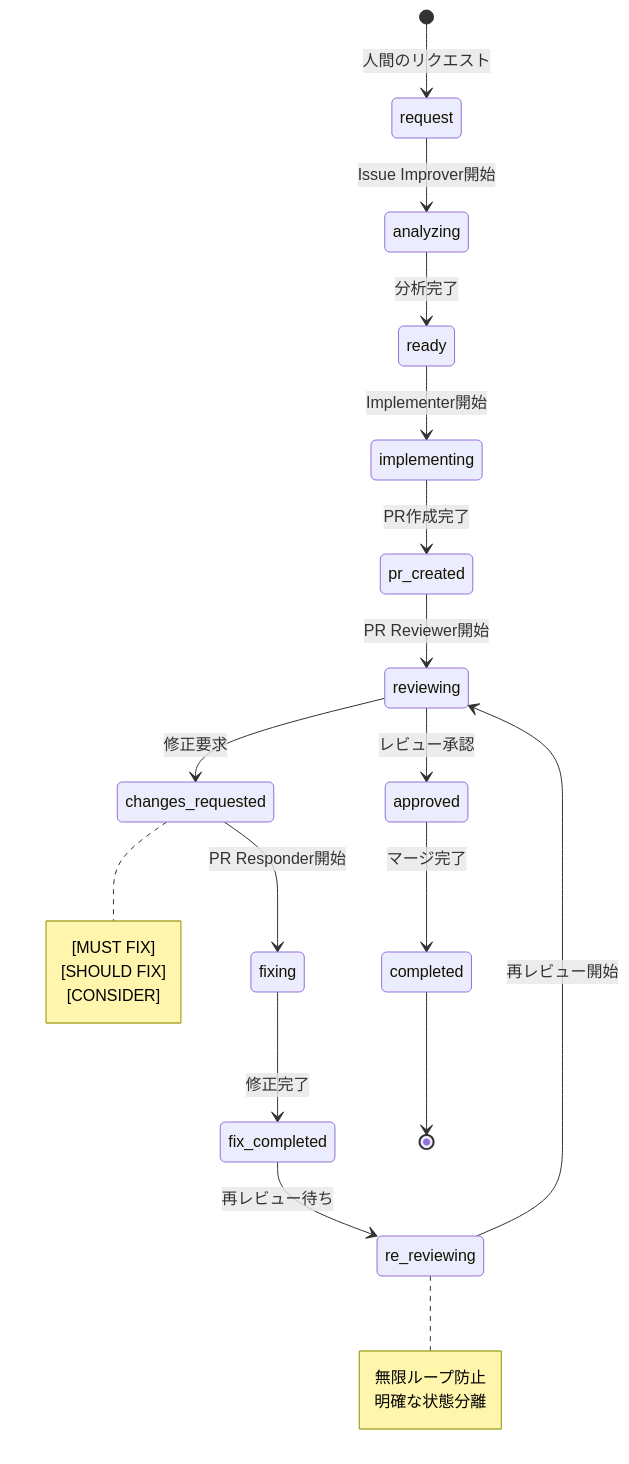
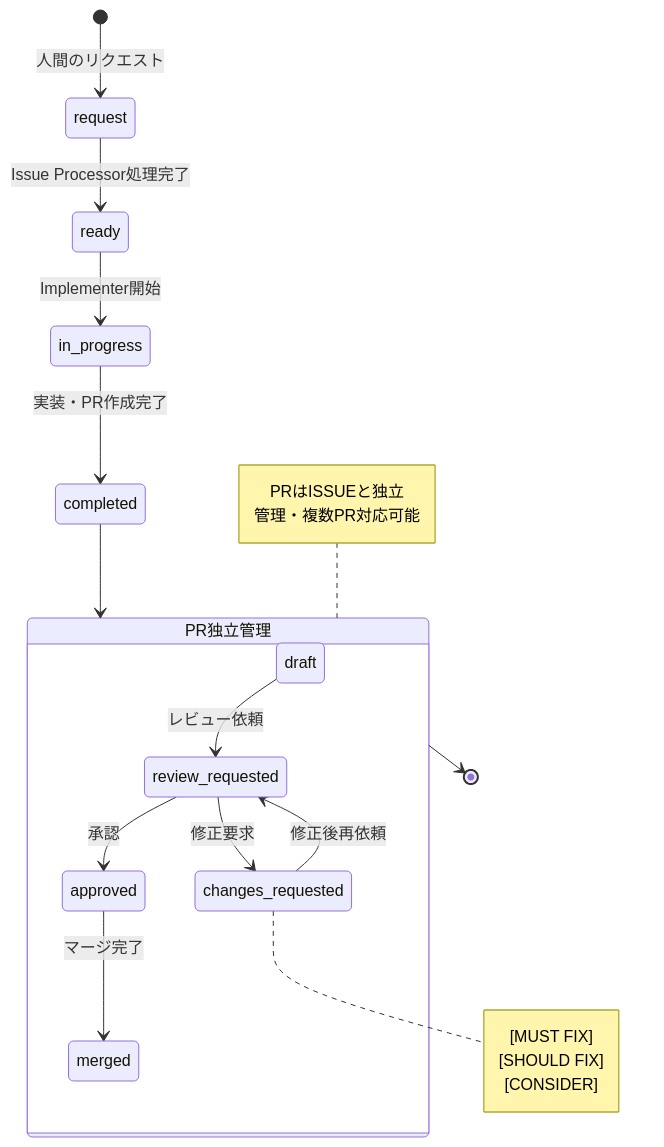
Before and after one commit to sotaroNishioka/claude-developer: the second of 3 diagrams in README.md, drawn with Mermaid. The commit also changed other lines of this file and 12 other files, not shown here.

````diff
--- a/README.md
+++ b/README.md
@@ -175,20 +172,21 @@
 ```mermaid
 stateDiagram-v2
     [*] --> request : 人間のリクエスト
-    request --> analyzing : Issue Improver開始
-    analyzing --> ready : 分析完了
-    ready --> implementing : Implementer開始
-    implementing --> pr_created : PR作成完了
-    pr_created --> reviewing : PR Reviewer開始
-    reviewing --> approved : レビュー承認
-    reviewing --> changes_requested : 修正要求
-    changes_requested --> fixing : PR Responder開始
-    fixing --> fix_completed : 修正完了
-    fix_completed --> re_reviewing : 再レビュー待ち
-    re_reviewing --> reviewing : 再レビュー開始
-    approved --> completed : マージ完了
-    completed --> [*]
+    request --> ready : Issue Processor処理完了
+    ready --> in_progress : Implementer開始
+    in_progress --> completed : 実装・PR作成完了
+    
+    state "PR独立管理" as PRFlow {
+        draft --> review_requested : レビュー依頼
+        review_requested --> approved : 承認
+        review_requested --> changes_requested : 修正要求
+        changes_requested --> review_requested : 修正後再依頼
+        approved --> merged : マージ完了
+    }
+    
+    completed --> PRFlow
+    PRFlow --> [*]
     
     note right of changes_requested : [MUST FIX]<br/>[SHOULD FIX]<br/>[CONSIDER]
-    note right of re_reviewing : 無限ループ防止<br/>明確な状態分離
+    note left of PRFlow : PRはISSUEと独立<br/>管理・複数PR対応可能
 ```
````
